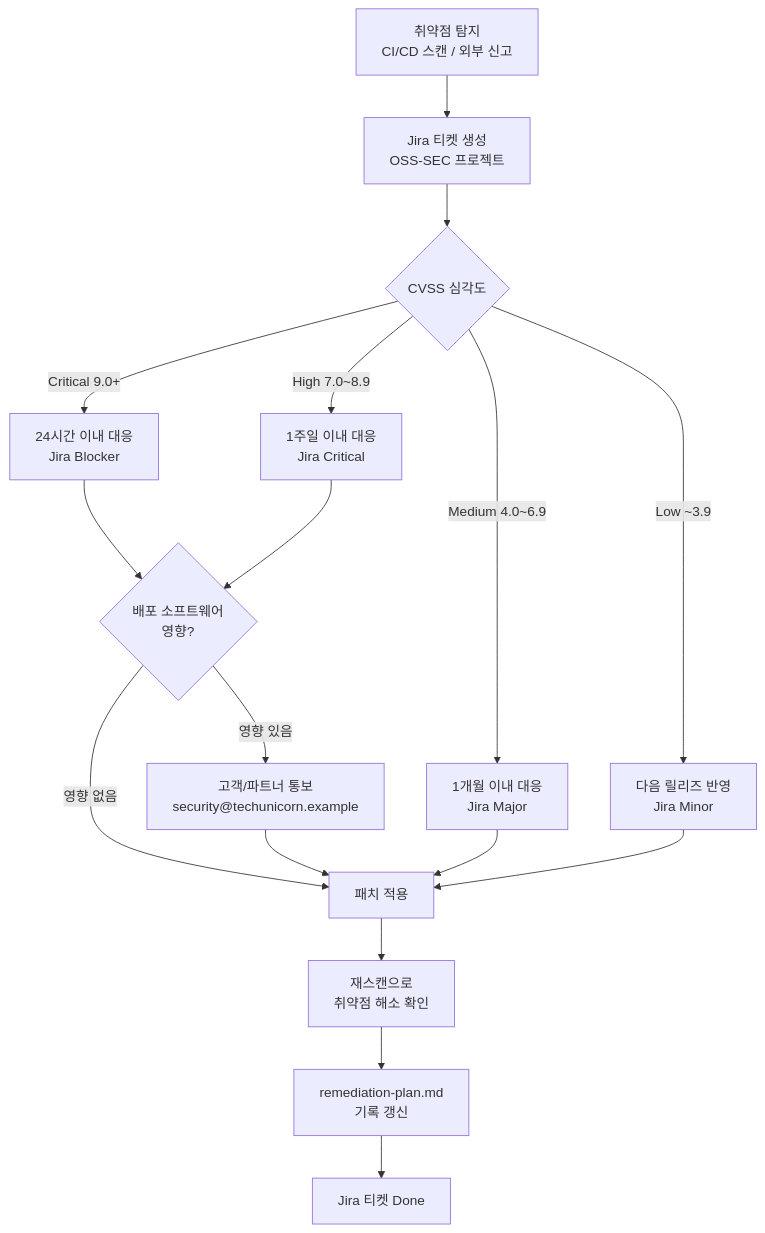
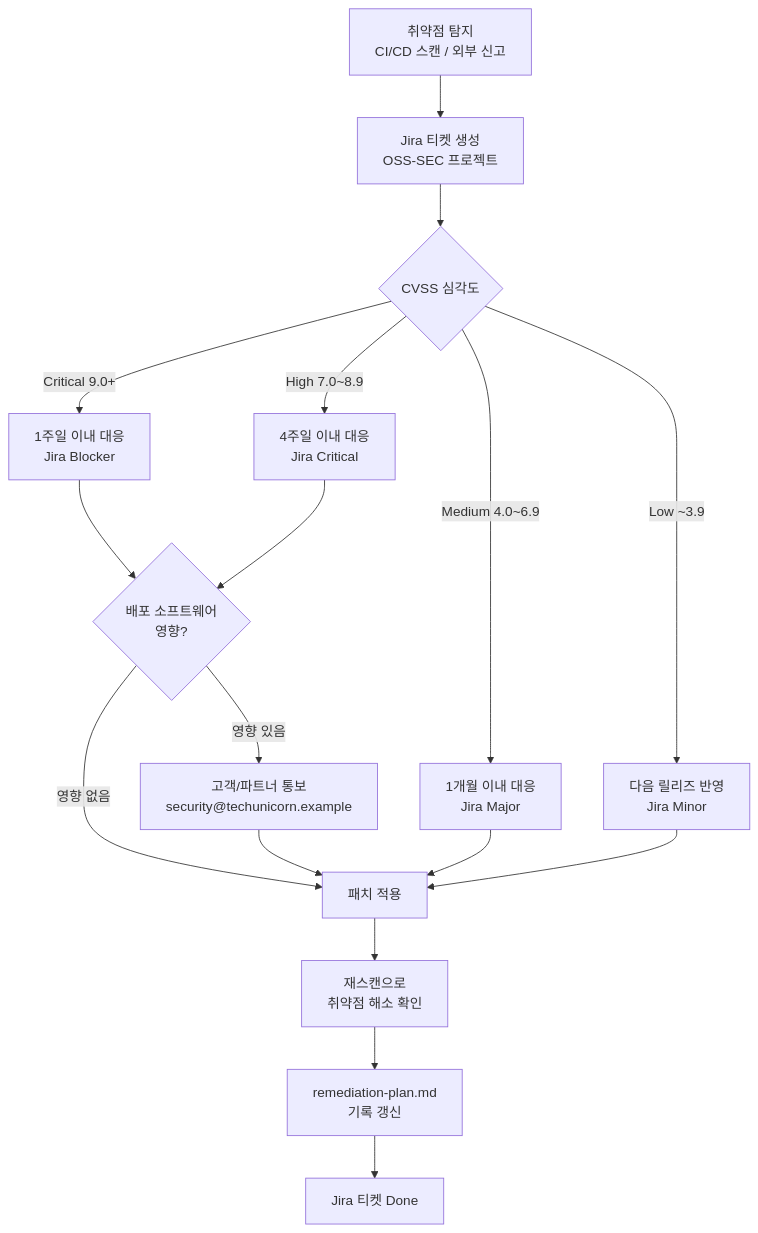
The third of 4 diagrams in output-sample/process/process-diagram.md (trustedoss/trustedoss.github.io), drawn with Mermaid before and after one commit. The commit also changed 25 other files, not shown here.

````diff
--- a/output-sample/process/process-diagram.md
+++ b/output-sample/process/process-diagram.md
@@ -63,19 +63,19 @@
 ```mermaid
 graph TD
     A[취약점 탐지\nCI/CD 스캔 / 외부 신고] --> B[Jira 티켓 생성\nOSS-SEC 프로젝트]
     B --> C{CVSS 심각도}
-    C -->|Critical 9.0+| D[24시간 이내 대응\nJira Blocker]
-    C -->|High 7.0~8.9| E[1주일 이내 대응\nJira Critical]
+    C -->|Critical 9.0+| D[1주일 이내 대응\nJira Blocker]
+    C -->|High 7.0~8.9| E[4주일 이내 대응\nJira Critical]
     C -->|Medium 4.0~6.9| F[1개월 이내 대응\nJira Major]
     C -->|Low ~3.9| G[다음 릴리즈 반영\nJira Minor]
     D --> H{배포 소프트웨어\n영향?}
     E --> H
     H -->|영향 있음| I[고객/파트너 통보\nsecurity@techunicorn.example]
     H -->|영향 없음| J[패치 적용]
     I --> J
     F --> J
     G --> J
     J --> K[재스캔으로\n취약점 해소 확인]
     K --> L[remediation-plan.md\n기록 갱신]
     L --> M[Jira 티켓 Done]
 ```
````
